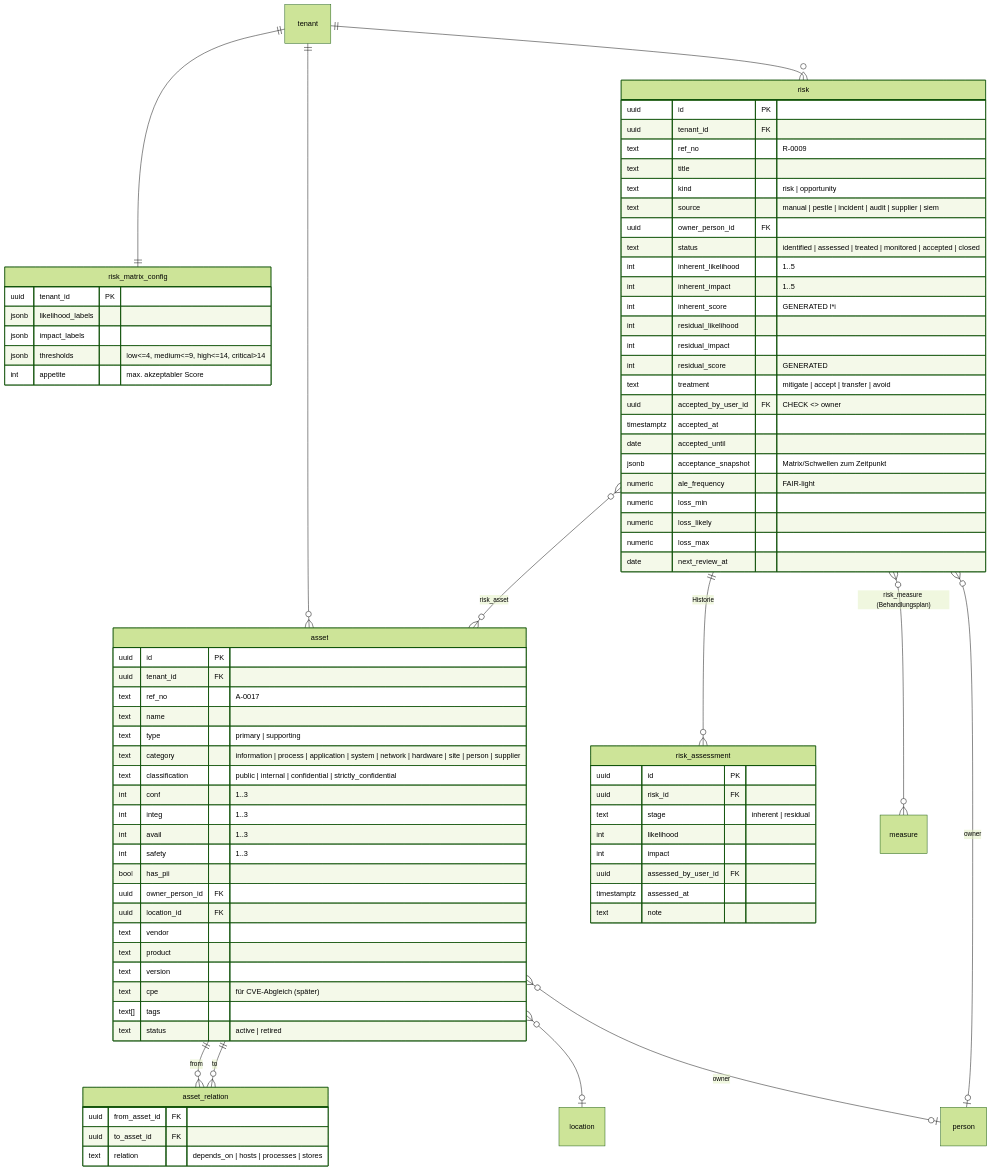
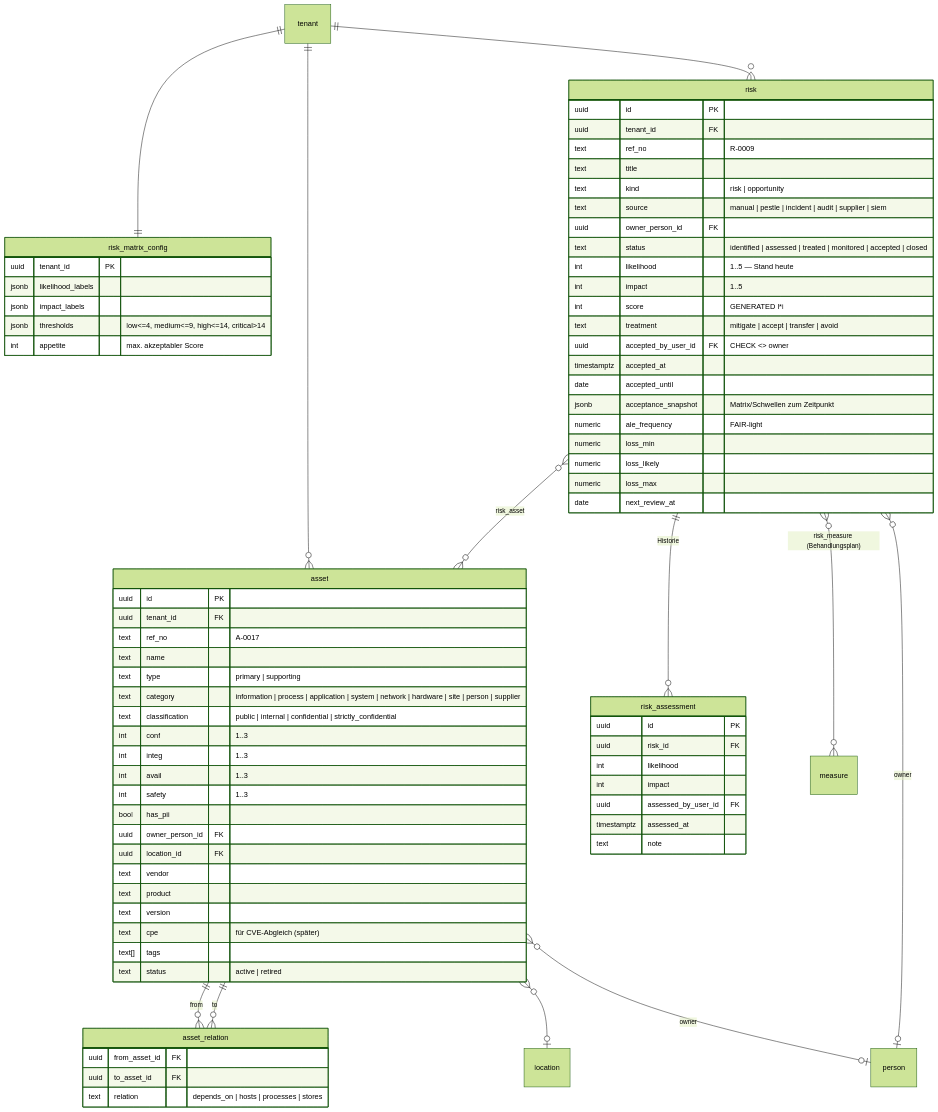
Before and after one commit to Kico-bot/ISMS_SaaS: the fifth of 9 diagrams in docs/architecture/01-datenmodell.md, drawn with Mermaid (forest theme). The commit also changed other lines of this file and 55 other files, not shown here.

```diff
--- a/docs/architecture/01-datenmodell.md
+++ b/docs/architecture/01-datenmodell.md
@@ -407,12 +415,9 @@
     text source "manual | pestle | incident | audit | supplier | siem"
     uuid owner_person_id FK
     text status "identified | assessed | treated | monitored | accepted | closed"
-    int inherent_likelihood "1..5"
-    int inherent_impact "1..5"
-    int inherent_score "GENERATED l*i"
-    int residual_likelihood
-    int residual_impact
-    int residual_score "GENERATED"
+    int likelihood "1..5 — Stand heute"
+    int impact "1..5"
+    int score "GENERATED l*i"
     text treatment "mitigate | accept | transfer | avoid"
     uuid accepted_by_user_id FK "CHECK <> owner"
     timestamptz accepted_at
@@ -427,7 +432,6 @@
   risk_assessment {
     uuid id PK
     uuid risk_id FK
-    text stage "inherent | residual"
     int likelihood
     int impact
     uuid assessed_by_user_id FK
```
